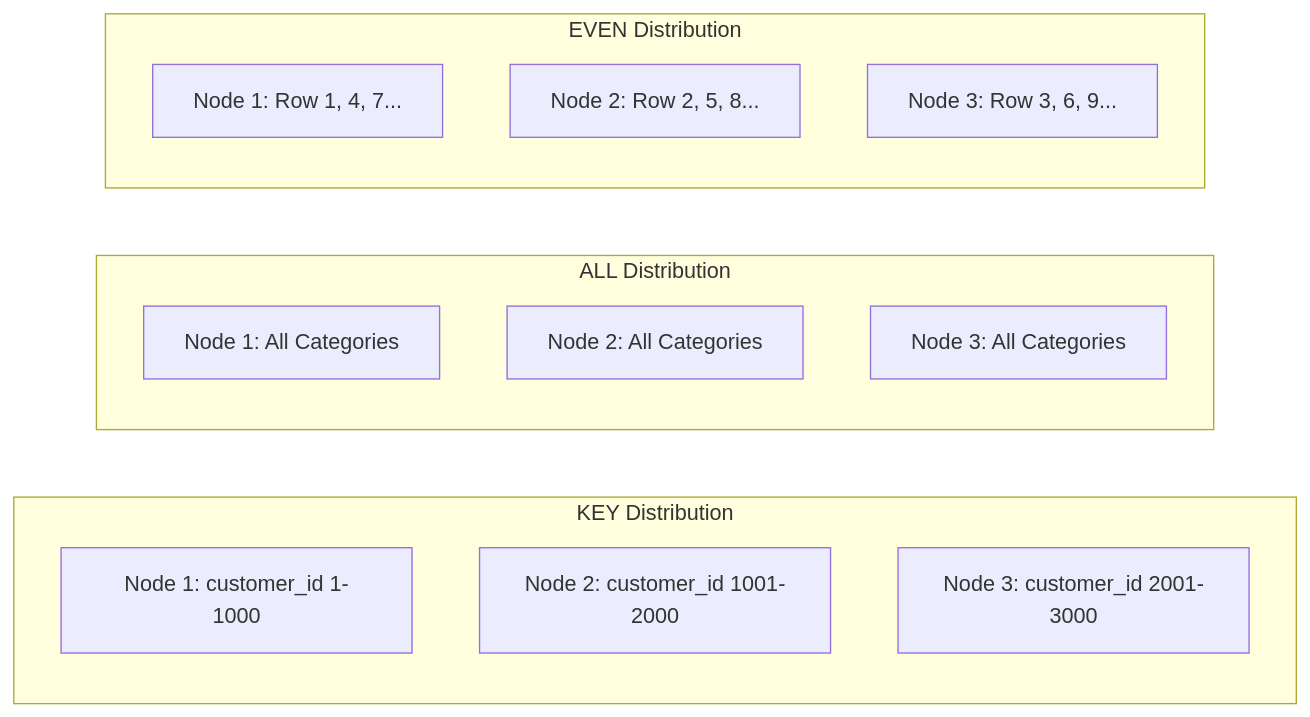
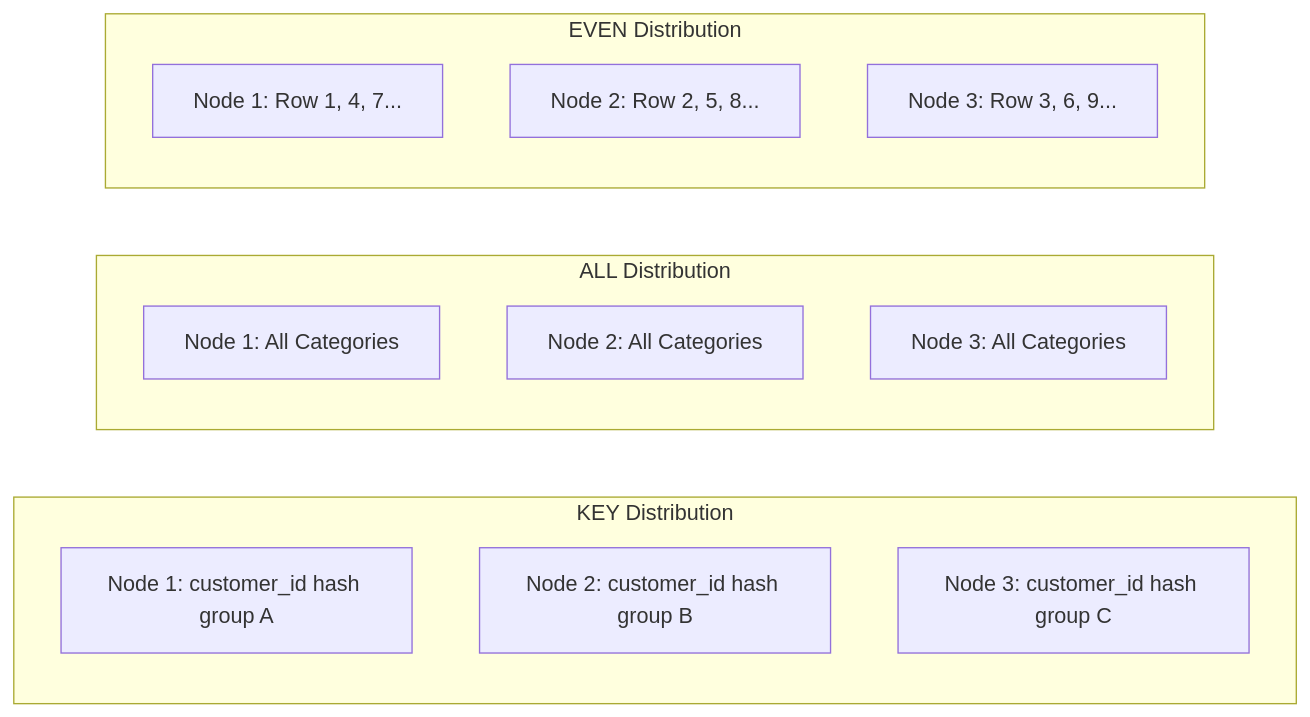
The second of 5 diagrams in posts/2026-01-30-data-warehouse-distribution-keys/README.md (OneUptime/blog), drawn with Mermaid before and after one commit. The commit also changed other lines of this file and 2 other files, not shown here.

````diff
--- a/posts/2026-01-30-data-warehouse-distribution-keys/README.md
+++ b/posts/2026-01-30-data-warehouse-distribution-keys/README.md
@@ -134,20 +134,20 @@
 ```mermaid
 graph LR
     subgraph "KEY Distribution"
-        K1[Node 1: customer_id 1-1000]
-        K2[Node 2: customer_id 1001-2000]
-        K3[Node 3: customer_id 2001-3000]
+        K1[Node 1: customer_id hash group A]
+        K2[Node 2: customer_id hash group B]
+        K3[Node 3: customer_id hash group C]
     end
 
     subgraph "ALL Distribution"
         A1[Node 1: All Categories]
         A2[Node 2: All Categories]
         A3[Node 3: All Categories]
     end
 
     subgraph "EVEN Distribution"
         E1[Node 1: Row 1, 4, 7...]
         E2[Node 2: Row 2, 5, 8...]
         E3[Node 3: Row 3, 6, 9...]
     end
 ```
````
